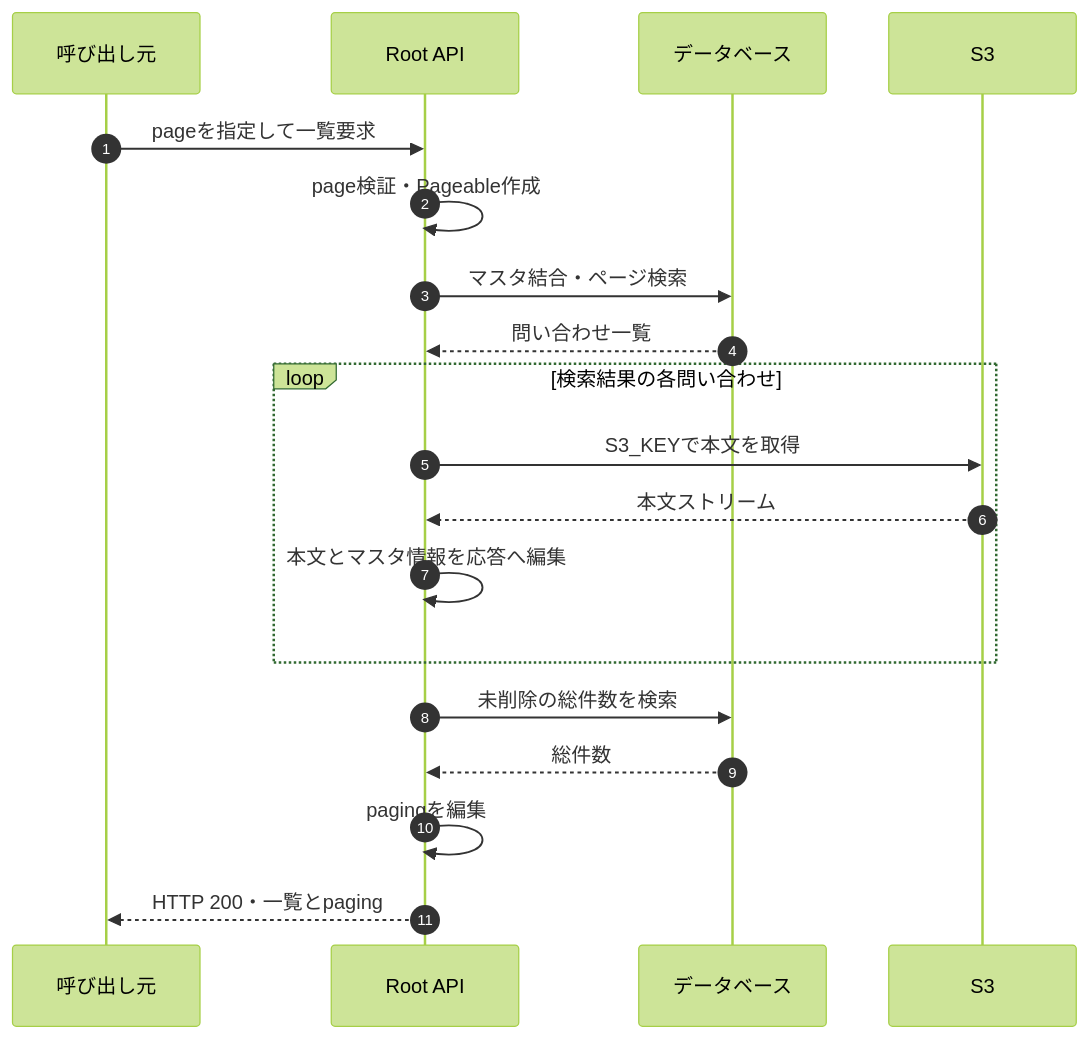
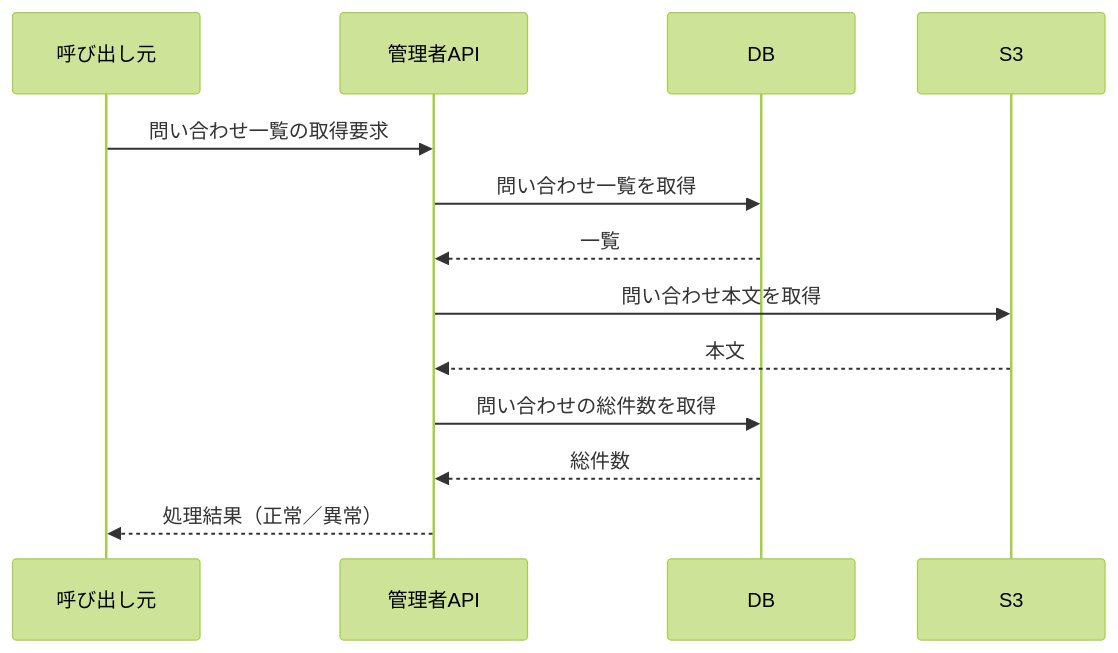
The first of 2 diagrams in ha-docs/design/05_rootapi/設計書_5.10.1.問い合わせ情報一覧取得API.md (kohei-okazaki/work-3g), drawn with Mermaid (forest theme) before and after one commit. The commit also changed other lines of this file and 67 other files, not shown here.

````diff
--- a/ha-docs/design/05_rootapi/設計書_5.10.1.問い合わせ情報一覧取得API.md
+++ b/ha-docs/design/05_rootapi/設計書_5.10.1.問い合わせ情報一覧取得API.md
@@ -132,21 +10,15 @@
 ```mermaid
 sequenceDiagram
-    autonumber
-    participant Client as 呼び出し元
-    participant API as Root API
-    participant DB as データベース
-    participant S3 as S3
-    Client->>API: pageを指定して一覧要求
-    API->>API: page検証・Pageable作成
-    API->>DB: マスタ結合・ページ検索
-    DB-->>API: 問い合わせ一覧
-    loop 検索結果の各問い合わせ
-        API->>S3: S3_KEYで本文を取得
-        S3-->>API: 本文ストリーム
-        API->>API: 本文とマスタ情報を応答へ編集
-    end
-    API->>DB: 未削除の総件数を検索
-    DB-->>API: 総件数
-    API->>API: pagingを編集
-    API-->>Client: HTTP 200・一覧とpaging
+    participant C as 呼び出し元
+    participant A as 管理者API
+    participant D as DB
+    participant S as S3
+    C->>A: 問い合わせ一覧の取得要求
+    A->>D: 問い合わせ一覧を取得
+    D-->>A: 一覧
+    A->>S: 問い合わせ本文を取得
+    S-->>A: 本文
+    A->>D: 問い合わせの総件数を取得
+    D-->>A: 総件数
+    A-->>C: 処理結果（正常／異常）
 ```
````
